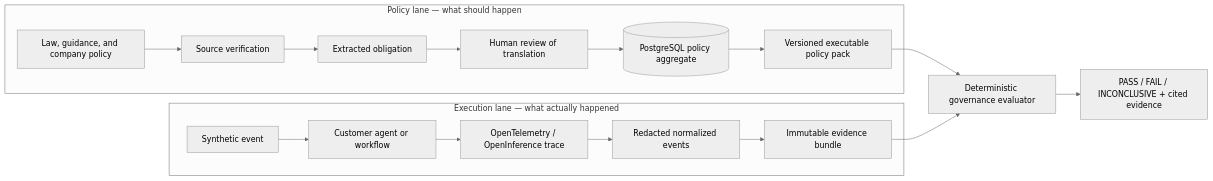
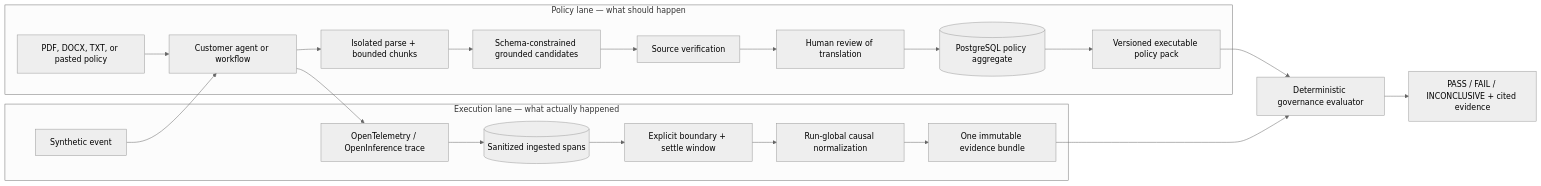
The diagram in docs/architecture.md (ducnguyen67201/Featherlane-AI), drawn with Mermaid (neutral theme) before and after one commit. The commit also changed other lines of this file and 93 other files, not shown here.

````diff
--- a/docs/architecture.md
+++ b/docs/architecture.md
@@ -5,19 +5,23 @@
 ```mermaid
 flowchart LR
   subgraph Policy["Policy lane — what should happen"]
-    S["Law, guidance, and company policy"] --> V["Source verification"]
-    V --> O["Extracted obligation"]
-    O --> H["Human review of translation"]
+    S["PDF, DOCX, TXT, or pasted policy"] --> A[("Immutable object artifact")]
+    A --> X["Isolated parse + bounded chunks"]
+    X --> O["Schema-constrained grounded candidates"]
+    O --> V["Source verification"]
+    V --> H["Human review of translation"]
     H --> D[("PostgreSQL policy aggregate")]
     D --> P["Versioned executable policy pack"]
   end
   subgraph Execution["Execution lane — what actually happened"]
     E["Synthetic event"] --> A["Customer agent or workflow"]
     A --> T["OpenTelemetry / OpenInference trace"]
-    T --> N["Redacted normalized events"]
-    N --> B["Immutable evidence bundle"]
+    T --> I[("Sanitized ingested spans")]
+    I --> F["Explicit boundary + settle window"]
+    F --> N["Run-global causal normalization"]
+    N --> B["One immutable evidence bundle"]
   end
   P --> G["Deterministic governance evaluator"]
   B --> G
   G --> R["PASS / FAIL / INCONCLUSIVE + cited evidence"]
 ```
````
